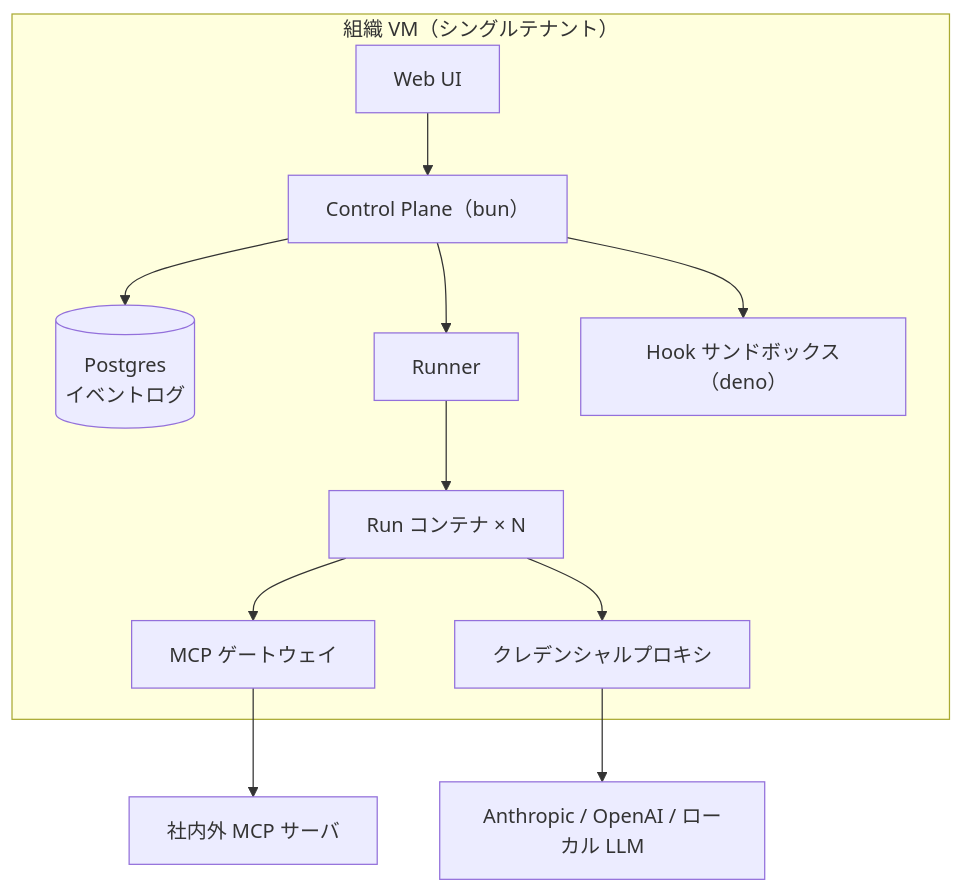
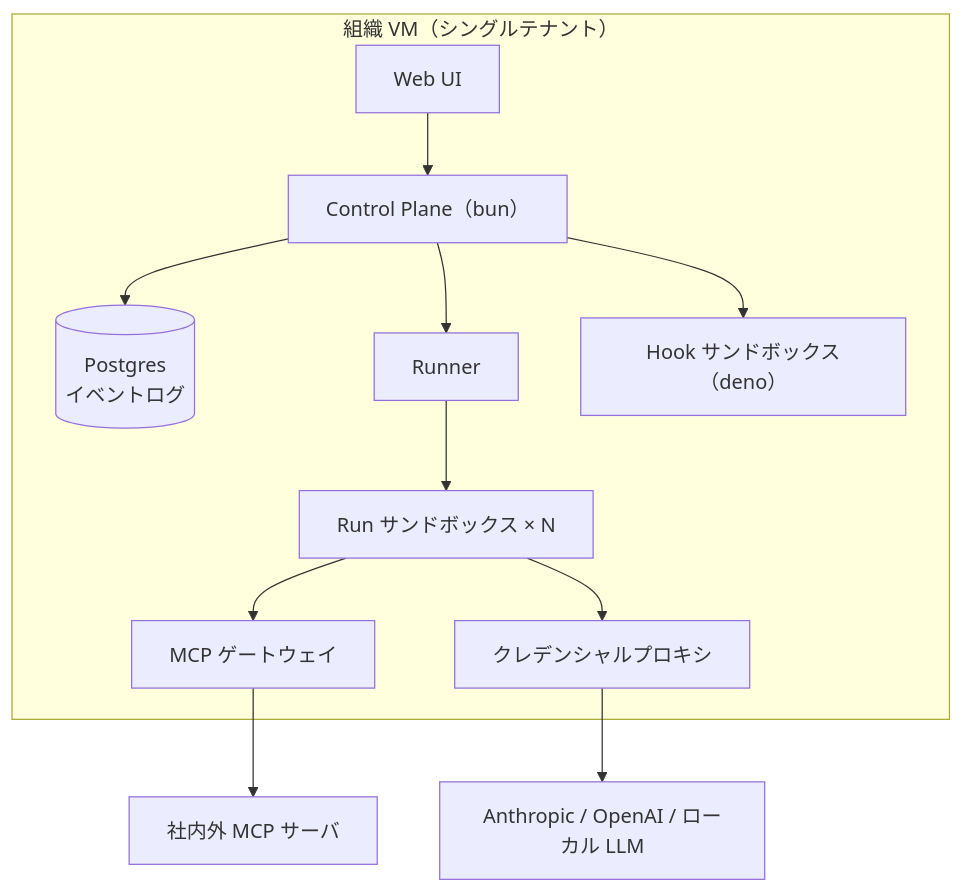
Before and after one commit to 326-T/kanban-workspace: the diagram in docs/runtime/architecture.md, drawn with Mermaid. The commit also changed other lines of this file and 5 other files, not shown here.

````diff
--- a/docs/runtime/architecture.md
+++ b/docs/runtime/architecture.md
@@ -13,14 +13,14 @@
 ```mermaid
 graph TB
     subgraph vm[組織 VM（シングルテナント）]
         ui[Web UI] --> cp[Control Plane（bun）]
         cp --> db[(Postgres<br/>イベントログ)]
         cp --> runner[Runner]
-        runner --> c1[Run コンテナ × N]
+        runner --> c1[Run サンドボックス × N]
         c1 --> gw[MCP ゲートウェイ]
         c1 --> kp[クレデンシャルプロキシ]
         cp --> hooks[Hook サンドボックス（deno）]
     end
     kp --> llm[Anthropic / OpenAI / ローカル LLM]
     gw --> mcp[社内外 MCP サーバ]
 ```
````
